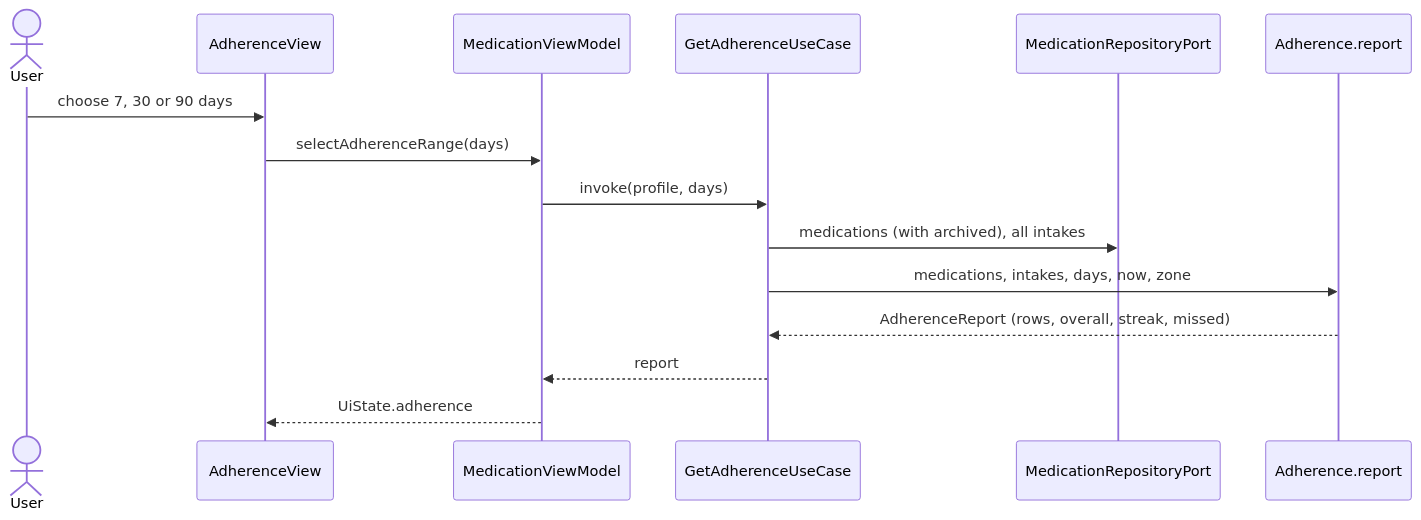
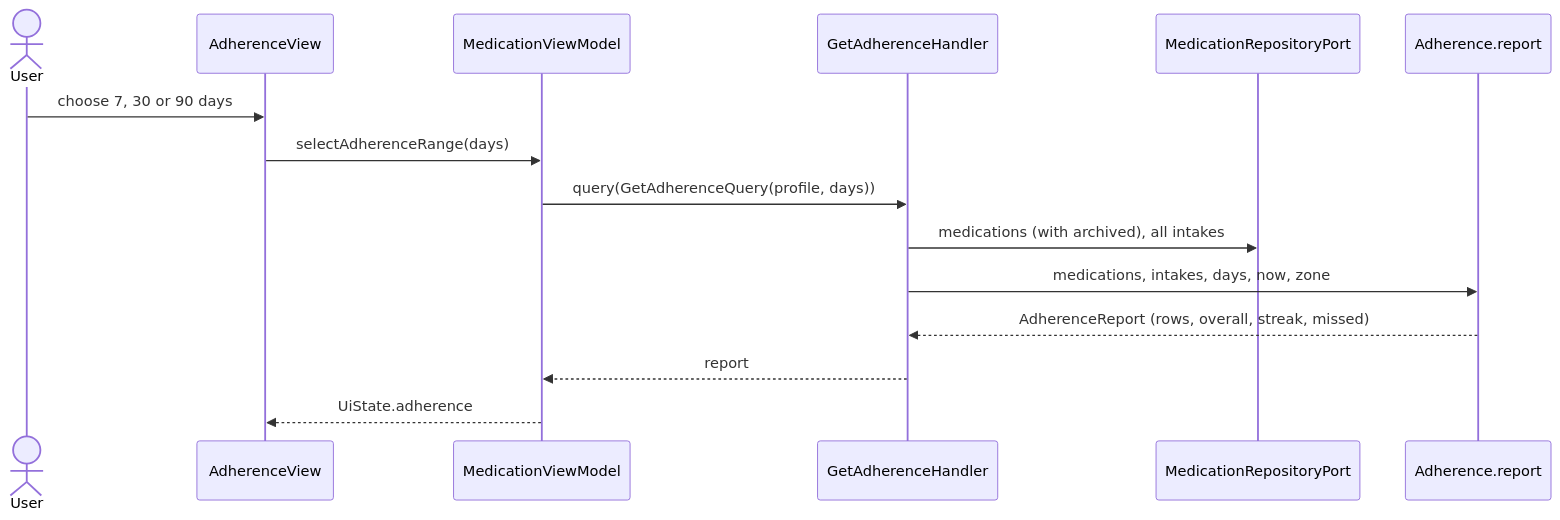
Before and after one commit to mannetje/health_journal: diagram 11 of 13 in docs/dev/c4.md, drawn with Mermaid. The commit also changed other lines of this file and 214 other files, not shown here.

````diff
--- a/docs/dev/c4.md
+++ b/docs/dev/c4.md
@@ -293,17 +295,17 @@
 ```mermaid
 sequenceDiagram
     actor U as User
     participant V as AdherenceView
     participant VM as MedicationViewModel
-    participant G as GetAdherenceUseCase
+    participant G as GetAdherenceHandler
     participant DB as MedicationRepositoryPort
     participant A as Adherence.report
     U->>V: choose 7, 30 or 90 days
     V->>VM: selectAdherenceRange(days)
-    VM->>G: invoke(profile, days)
+    VM->>G: query(GetAdherenceQuery(profile, days))
     G->>DB: medications (with archived), all intakes
     G->>A: medications, intakes, days, now, zone
     A-->>G: AdherenceReport (rows, overall, streak, missed)
     G-->>VM: report
     VM-->>V: UiState.adherence
 ```
````
